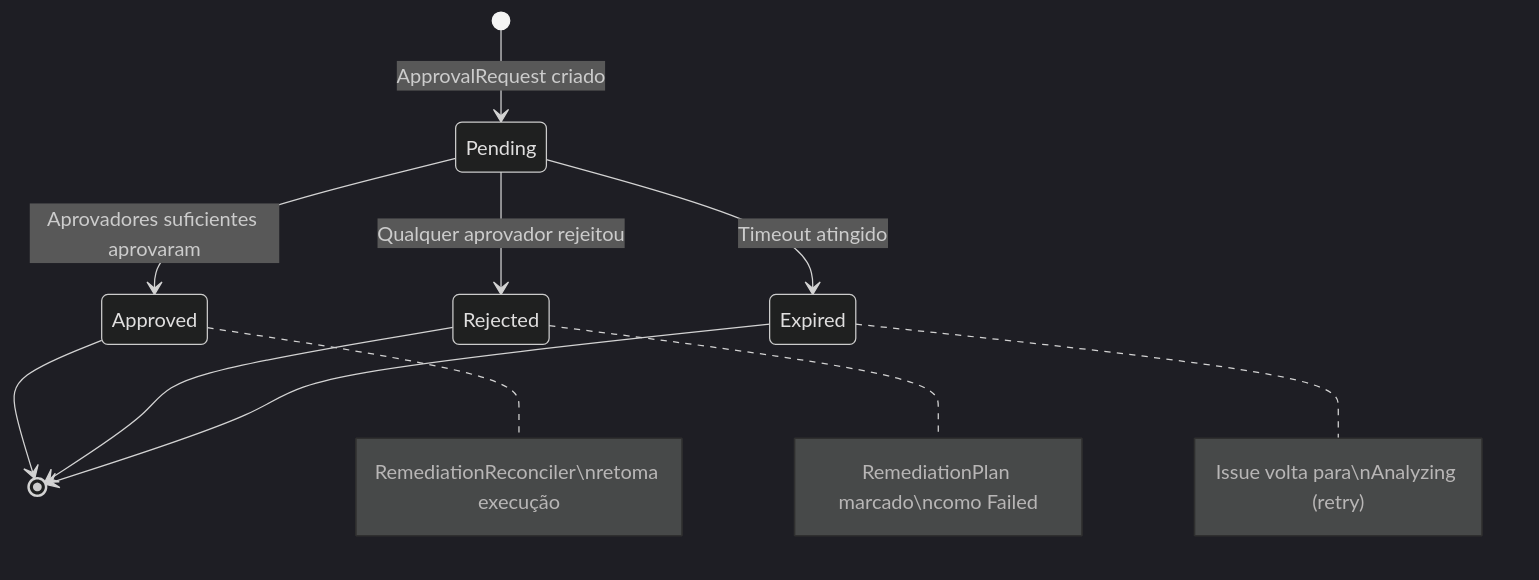
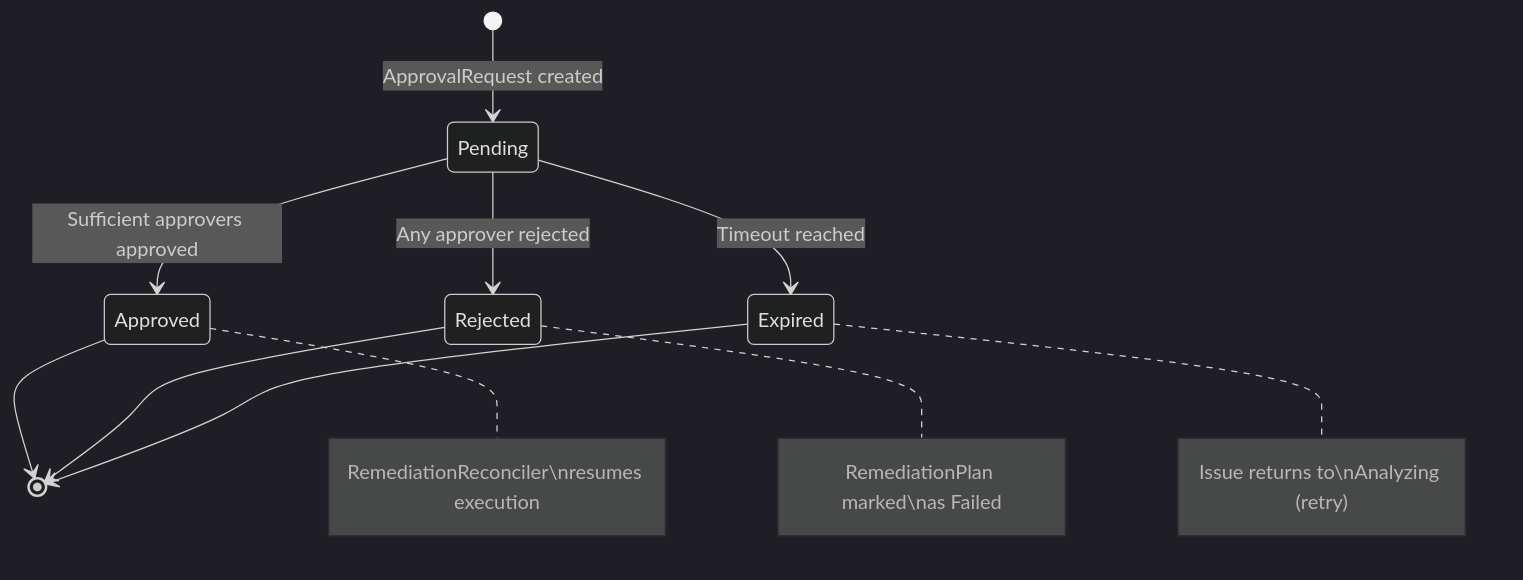
The second of 3 diagrams in features/aiops/approval-workflow.mdx (diillson/chatcli.ai), drawn with Mermaid (dark theme) before and after one commit. The commit also changed other lines of this file and 500 other files, not shown here.

````diff
--- a/features/aiops/approval-workflow.mdx
+++ b/features/aiops/approval-workflow.mdx
@@ -342,14 +342,14 @@
 ```mermaid
 stateDiagram-v2
-    [*] --> Pending : ApprovalRequest criado
-    Pending --> Approved : Aprovadores suficientes aprovaram
-    Pending --> Rejected : Qualquer aprovador rejeitou
-    Pending --> Expired : Timeout atingido
+    [*] --> Pending : ApprovalRequest created
+    Pending --> Approved : Sufficient approvers approved
+    Pending --> Rejected : Any approver rejected
+    Pending --> Expired : Timeout reached
     Approved --> [*]
     Rejected --> [*]
     Expired --> [*]
 
-    note right of Approved : RemediationReconciler\nretoma execução
-    note right of Rejected : RemediationPlan marcado\ncomo Failed
-    note right of Expired : Issue volta para\nAnalyzing (retry)
+    note right of Approved : RemediationReconciler\nresumes execution
+    note right of Rejected : RemediationPlan marked\nas Failed
+    note right of Expired : Issue returns to\nAnalyzing (retry)
 ```
````
